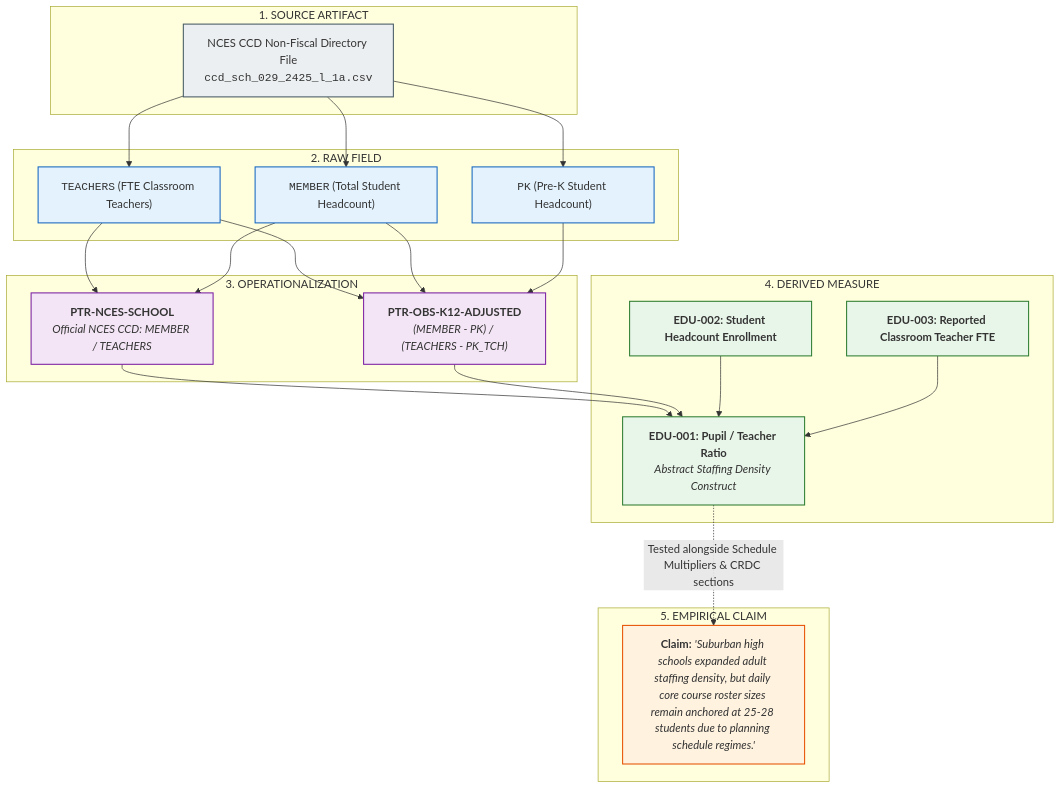
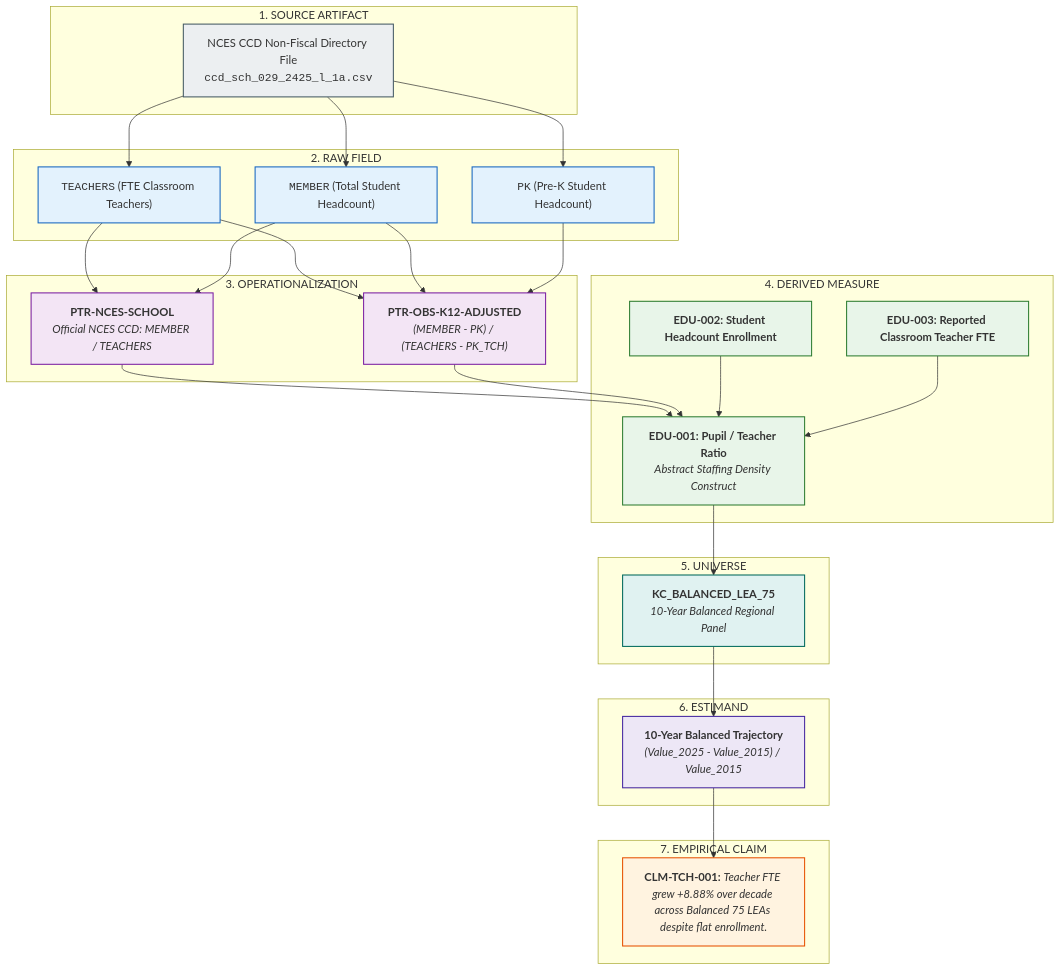
The diagram in 2026/2026-09-26-education-data-observatory/README.md (admiralorbiter/computational-sketchbook), drawn with Mermaid before and after one commit. The commit also changed other lines of this file and 11 other files, not shown here.

````diff
--- a/2026/2026-09-26-education-data-observatory/README.md
+++ b/2026/2026-09-26-education-data-observatory/README.md
@@ -22,53 +24,67 @@
 ```mermaid
 flowchart TD
     subgraph S["1. SOURCE ARTIFACT"]
         S1["NCES CCD Non-Fiscal Directory File<br/><code>ccd_sch_029_2425_l_1a.csv</code>"]
     end
 
     subgraph F["2. RAW FIELD"]
         F1["<code>TEACHERS</code> (FTE Classroom Teachers)"]
         F2["<code>MEMBER</code> (Total Student Headcount)"]
         F3["<code>PK</code> (Pre-K Student Headcount)"]
     end
 
     subgraph O["3. OPERATIONALIZATION"]
         O1["<b>PTR-NCES-SCHOOL</b><br/><i>Official NCES CCD: MEMBER / TEACHERS</i>"]
         O2["<b>PTR-OBS-K12-ADJUSTED</b><br/><i>(MEMBER - PK) / (TEACHERS - PK_TCH)</i>"]
     end
 
     subgraph M["4. DERIVED MEASURE"]
         M1["<b>EDU-001: Pupil / Teacher Ratio</b><br/><i>Abstract Staffing Density Construct</i>"]
         M2["<b>EDU-002: Student Headcount Enrollment</b>"]
         M3["<b>EDU-003: Reported Classroom Teacher FTE</b>"]
     end
 
-    subgraph C["5. EMPIRICAL CLAIM"]
-        C1["<b>Claim:</b> <i>'Suburban high schools expanded adult staffing density, but daily core course roster sizes remain anchored at 25-28 students due to planning schedule regimes.'</i>"]
+    subgraph U["5. UNIVERSE"]
+        U1["<b>KC_BALANCED_LEA_75</b><br/><i>10-Year Balanced Regional Panel</i>"]
+    end
+
+    subgraph E["6. ESTIMAND"]
+        E1["<b>10-Year Balanced Trajectory</b><br/><i>(Value_2025 - Value_2015) / Value_2015</i>"]
+    end
+
+    subgraph C["7. EMPIRICAL CLAIM"]
+        C1["<b>CLM-TCH-001:</b> <i>Teacher FTE grew +8.88% over decade across Balanced 75 LEAs despite flat enrollment.</i>"]
     end
 
     S1 --> F1
     S1 --> F2
     S1 --> F3
     F1 --> O1
     F2 --> O1
     F1 --> O2
     F2 --> O2
     F3 --> O2
     O1 --> M1
     O2 --> M1
     M2 --> M1
     M3 --> M1
-    M1 -.->|Tested alongside Schedule Multipliers & CRDC sections| C1
+    M1 --> U1
+    U1 --> E1
+    E1 --> C1
 
     classDef sourceStyle fill:#eceff1,stroke:#455a64,stroke-width:1.5px;
     classDef fieldStyle fill:#e3f2fd,stroke:#1565c0,stroke-width:1.5px;
     classDef opStyle fill:#f3e5f5,stroke:#7b1fa2,stroke-width:1.5px;
     classDef measureStyle fill:#e8f5e9,stroke:#2e7d32,stroke-width:1.5px;
+    classDef universeStyle fill:#e0f2f1,stroke:#00695c,stroke-width:1.5px;
+    classDef estimandStyle fill:#ede7f6,stroke:#4527a0,stroke-width:1.5px;
     classDef claimStyle fill:#fff3e0,stroke:#e65100,stroke-width:1.5px;
 
     class S1 sourceStyle;
     class F1,F2,F3 fieldStyle;
     class O1,O2 opStyle;
     class M1,M2,M3 measureStyle;
+    class U1 universeStyle;
+    class E1 estimandStyle;
     class C1 claimStyle;
 ```
````
